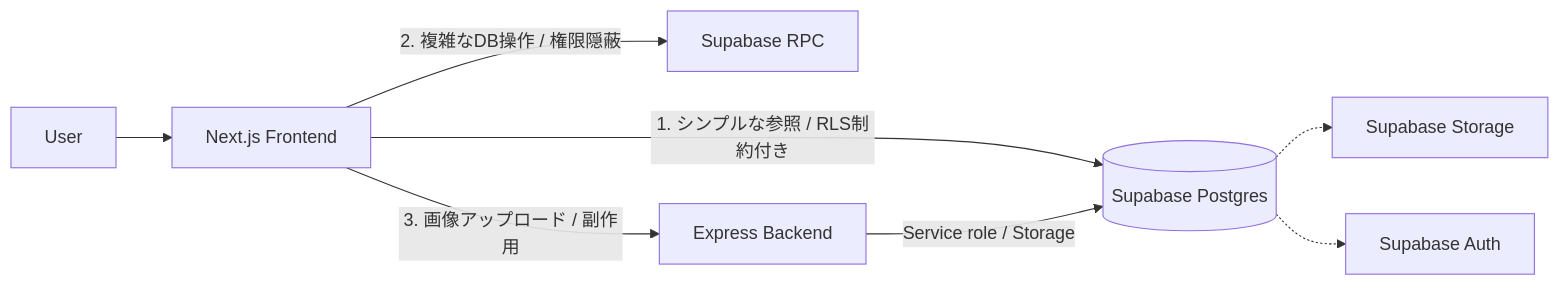
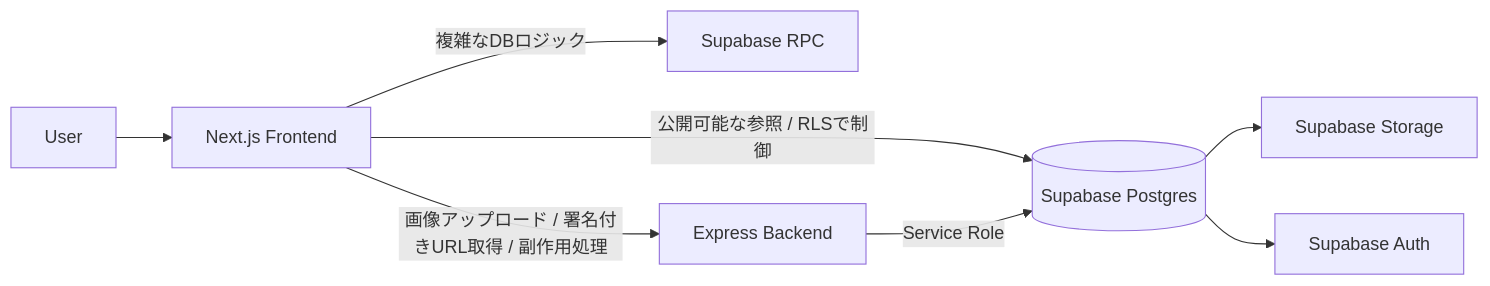
Before and after one commit to Taku315o/studyshare: the first of 4 diagrams in README.md, drawn with Mermaid. The commit also changed other lines of this file, not shown here.

`````diff
--- a/README.md
+++ b/README.md
@@ -86,10 +268,12 @@
 ```mermaid
 flowchart LR
   U[User] --> F[Next.js Frontend]
-  F -->|1. シンプルな参照 / RLS制約付き| SB[(Supabase Postgres)]
-  F -->|2. 複雑なDB操作 / 権限隠蔽| RPC[Supabase RPC]
-  F -->|3. 画像アップロード / 副作用| B[Express Backend]
-  B -->|Service role / Storage| SB
-  SB -.-> S[Supabase Storage]
-  SB -.-> A[Supabase Auth]
-```
+
+  F -->|公開可能な参照 / RLSで制御| SB[(Supabase Postgres)]
+  F -->|複雑なDBロジック| RPC[Supabase RPC]
+  F -->|画像アップロード / 署名付きURL取得 / 副作用処理| B[Express Backend]
+
+  B -->|Service Role| SB
+  SB --> ST[Supabase Storage]
+  SB --> AU[Supabase Auth]
+````
`````
